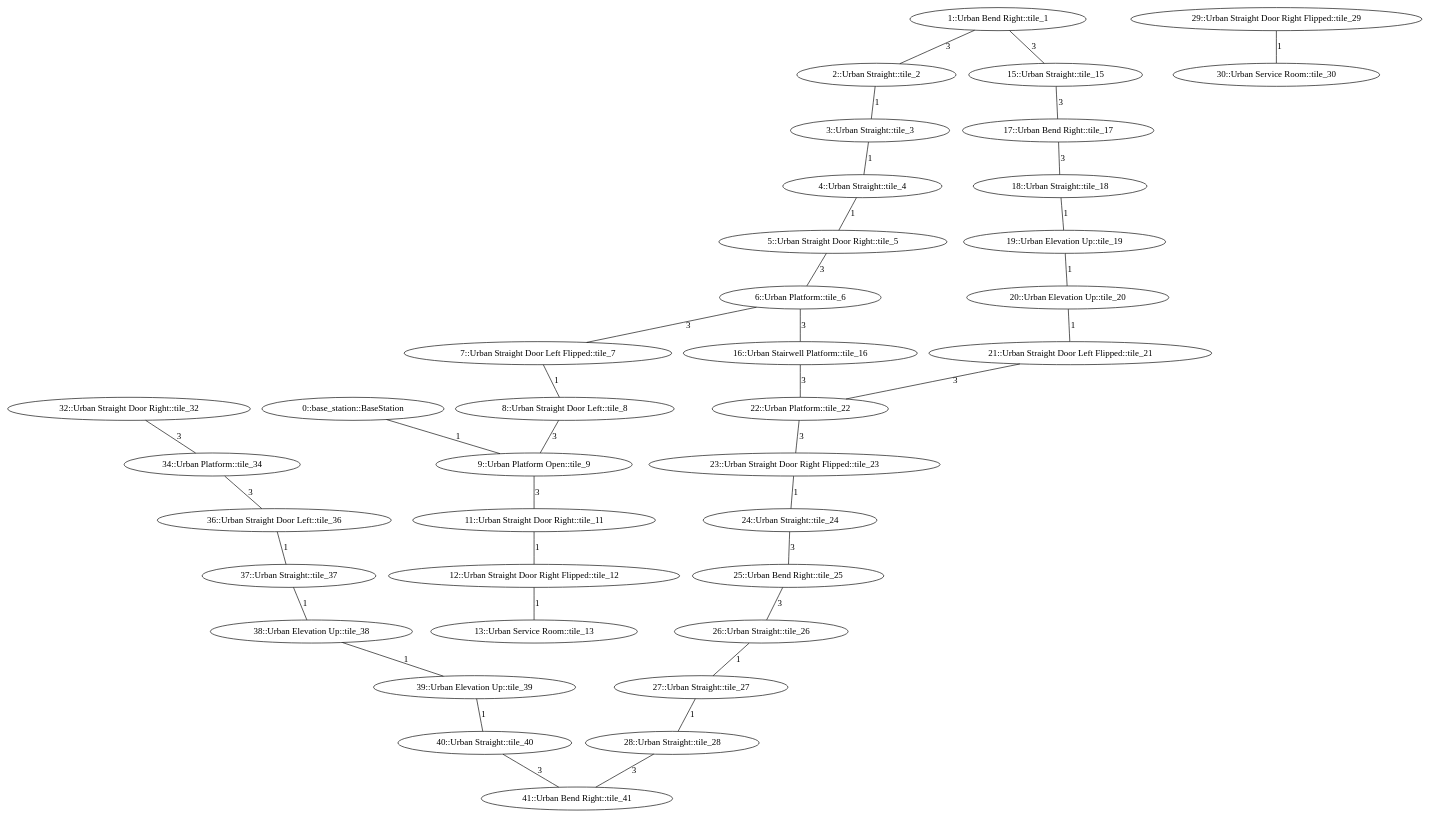
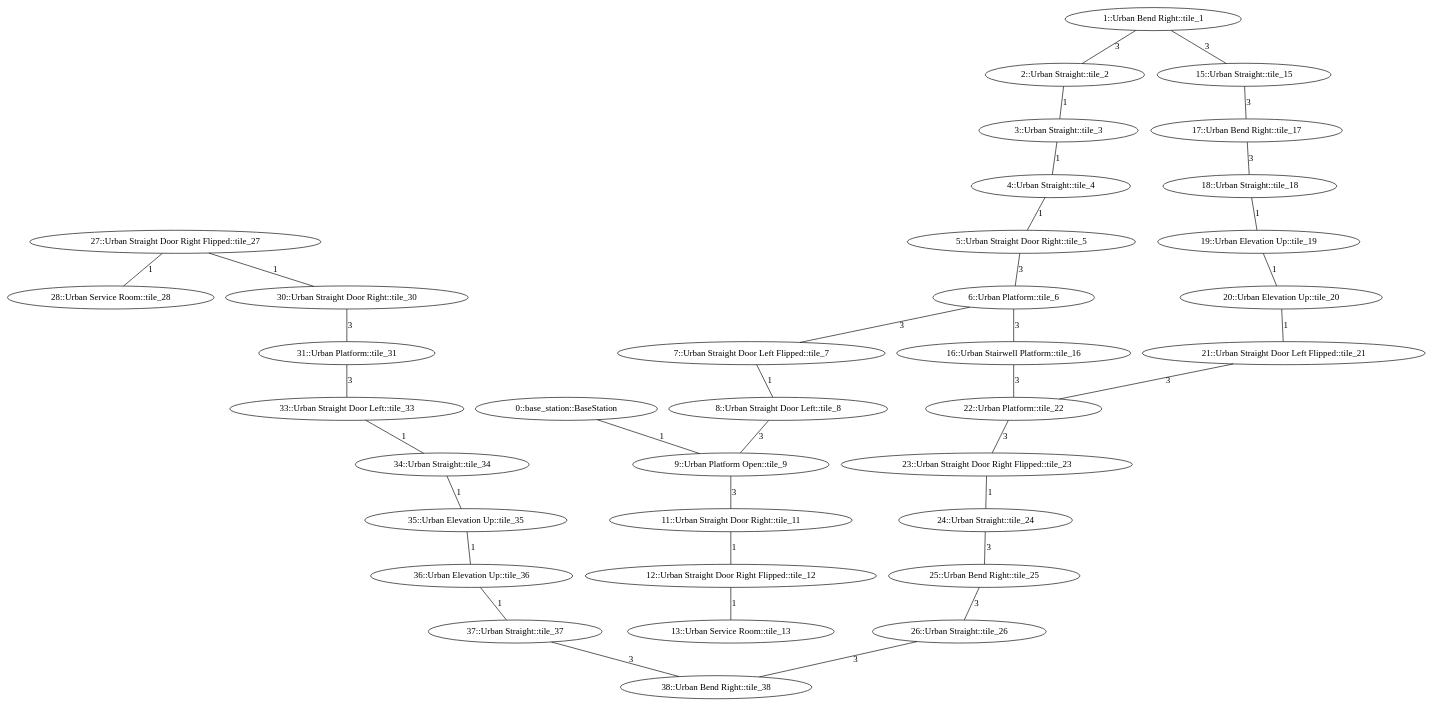
One commit to osrf/subt changed the diagram in subt_ign/worlds/simple_urban_01.dot. Above: the diagram before and after it, drawn with Graphviz. The commit also changed 2 other files, not shown here.

```diff
--- a/subt_ign/worlds/simple_urban_01.dot
+++ b/subt_ign/worlds/simple_urban_01.dot
@@ -1,87 +1,84 @@
 /* Visibility graph for simple_urban_01.tsv */
 /* Generated with the tile_tsv.py script: */
 /*   tile_tsv.py simple_urban_01.tsv -\-graph-file simple_urban_01.dot -\-world-file simple_urban_01.sdf -\-world-name simple_urban_01 -\-scale_x 40 -\-scale_y 40 -\-urban -\-y0 32 -\-x0 -360 */
 
 graph {
   /* ==== Vertices ==== */
 
   /* Base station / Staging area */
   0   [label="0::base_station::BaseStation"];
 
   1   [label="1::Urban Bend Right::tile_1"];
   2   [label="2::Urban Straight::tile_2"];
   3   [label="3::Urban Straight::tile_3"];
   4   [label="4::Urban Straight::tile_4"];
   5   [label="5::Urban Straight Door Right::tile_5"];
   6   [label="6::Urban Platform::tile_6"];
   7   [label="7::Urban Straight Door Left Flipped::tile_7"];
   8   [label="8::Urban Straight Door Left::tile_8"];
   9   [label="9::Urban Platform Open::tile_9"];
   11  [label="11::Urban Straight Door Right::tile_11"];
   12  [label="12::Urban Straight Door Right Flipped::tile_12"];
   13  [label="13::Urban Service Room::tile_13"];
   15  [label="15::Urban Straight::tile_15"];
   16  [label="16::Urban Stairwell Platform::tile_16"];
   17  [label="17::Urban Bend Right::tile_17"];
   18  [label="18::Urban Straight::tile_18"];
   19  [label="19::Urban Elevation Up::tile_19"];
   20  [label="20::Urban Elevation Up::tile_20"];
   21  [label="21::Urban Straight Door Left Flipped::tile_21"];
   22  [label="22::Urban Platform::tile_22"];
   23  [label="23::Urban Straight Door Right Flipped::tile_23"];
   24  [label="24::Urban Straight::tile_24"];
   25  [label="25::Urban Bend Right::tile_25"];
   26  [label="26::Urban Straight::tile_26"];
-  27  [label="27::Urban Straight::tile_27"];
-  28  [label="28::Urban Straight::tile_28"];
-  29  [label="29::Urban Straight Door Right Flipped::tile_29"];
-  30  [label="30::Urban Service Room::tile_30"];
-  32  [label="32::Urban Straight Door Right::tile_32"];
-  34  [label="34::Urban Platform::tile_34"];
-  36  [label="36::Urban Straight Door Left::tile_36"];
+  27  [label="27::Urban Straight Door Right Flipped::tile_27"];
+  28  [label="28::Urban Service Room::tile_28"];
+  30  [label="30::Urban Straight Door Right::tile_30"];
+  31  [label="31::Urban Platform::tile_31"];
+  33  [label="33::Urban Straight Door Left::tile_33"];
+  34  [label="34::Urban Straight::tile_34"];
+  35  [label="35::Urban Elevation Up::tile_35"];
+  36  [label="36::Urban Elevation Up::tile_36"];
   37  [label="37::Urban Straight::tile_37"];
-  38  [label="38::Urban Elevation Up::tile_38"];
-  39  [label="39::Urban Elevation Up::tile_39"];
-  40  [label="40::Urban Straight::tile_40"];
-  41  [label="41::Urban Bend Right::tile_41"];
+  38  [label="38::Urban Bend Right::tile_38"];
 
   /* ==== Edges ==== */
 
   /* Base station */
   0  -- 9   [label=1];
   1  -- 2   [label=3];
   1  -- 15  [label=3];
   2  -- 3   [label=1];
   3  -- 4   [label=1];
   4  -- 5   [label=1];
   5  -- 6   [label=3];
   6  -- 7   [label=3];
   6  -- 16  [label=3];
   7  -- 8   [label=1];
   8  -- 9   [label=3];
   9  -- 11  [label=3];
   11 -- 12  [label=1];
   15 -- 17  [label=3];
   16 -- 22  [label=3];
   17 -- 18  [label=3];
   18 -- 19  [label=1];
   19 -- 20  [label=1];
   20 -- 21  [label=1];
   21 -- 22  [label=3];
   22 -- 23  [label=3];
   23 -- 24  [label=1];
   24 -- 25  [label=3];
   25 -- 26  [label=3];
-  26 -- 27  [label=1];
+  26 -- 38  [label=3];
+  27 -- 30  [label=1];
+  30 -- 31  [label=3];
+  31 -- 33  [label=3];
+  33 -- 34  [label=1];
+  34 -- 35  [label=1];
+  35 -- 36  [label=1];
+  36 -- 37  [label=1];
+  37 -- 38  [label=3];
+  12 -- 13  [label=1];
   27 -- 28  [label=1];
-  28 -- 41  [label=3];
-  32 -- 34  [label=3];
-  34 -- 36  [label=3];
-  36 -- 37  [label=1];
-  37 -- 38  [label=1];
-  38 -- 39  [label=1];
-  39 -- 40  [label=1];
-  40 -- 41  [label=3];
-  12 -- 13  [label=1];
-  29 -- 30  [label=1];
 }
```
